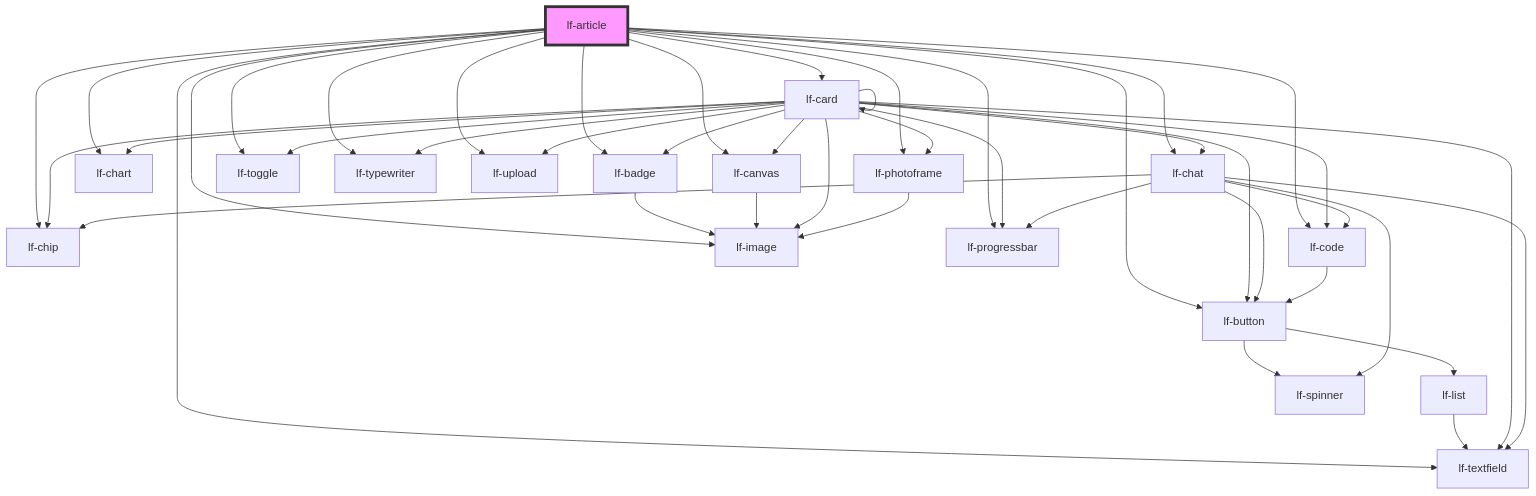
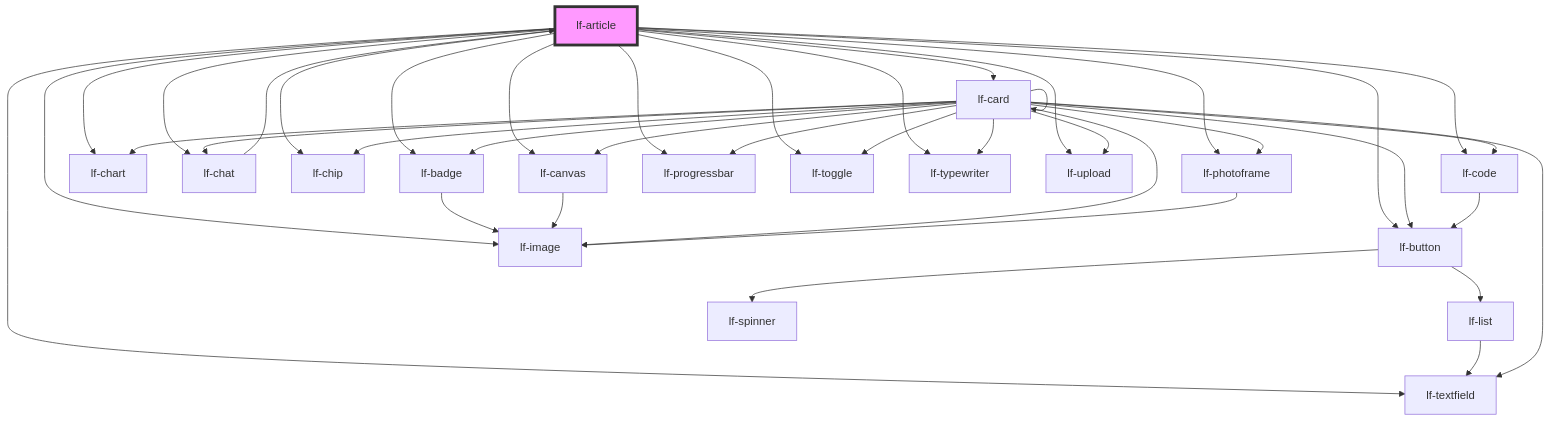
One commit to lucafoscili/lf-widgets changed the diagram in packages/core/src/components/lf-article/readme.md. Above: the diagram before and after it, drawn with Mermaid. The commit also changed other lines of this file and 28 other files, not shown here.

````diff
--- a/packages/core/src/components/lf-article/readme.md
+++ b/packages/core/src/components/lf-article/readme.md
@@ -138,47 +142,42 @@
 ```mermaid
 graph TD;
   lf-article --> lf-badge
   lf-article --> lf-button
   lf-article --> lf-canvas
   lf-article --> lf-card
   lf-article --> lf-chart
   lf-article --> lf-chat
   lf-article --> lf-chip
   lf-article --> lf-code
   lf-article --> lf-image
   lf-article --> lf-photoframe
   lf-article --> lf-progressbar
   lf-article --> lf-textfield
   lf-article --> lf-toggle
   lf-article --> lf-typewriter
   lf-article --> lf-upload
   lf-badge --> lf-image
   lf-button --> lf-list
   lf-button --> lf-spinner
   lf-list --> lf-textfield
   lf-canvas --> lf-image
   lf-card --> lf-badge
   lf-card --> lf-button
   lf-card --> lf-canvas
   lf-card --> lf-card
   lf-card --> lf-chart
   lf-card --> lf-chat
   lf-card --> lf-chip
   lf-card --> lf-code
   lf-card --> lf-image
   lf-card --> lf-photoframe
   lf-card --> lf-progressbar
   lf-card --> lf-textfield
   lf-card --> lf-toggle
   lf-card --> lf-typewriter
   lf-card --> lf-upload
-  lf-chat --> lf-spinner
-  lf-chat --> lf-button
-  lf-chat --> lf-chip
-  lf-chat --> lf-textfield
-  lf-chat --> lf-progressbar
-  lf-chat --> lf-code
+  lf-chat --> lf-article
   lf-code --> lf-button
   lf-photoframe --> lf-image
   style lf-article fill:#f9f,stroke:#333,stroke-width:4px
 ```
````
